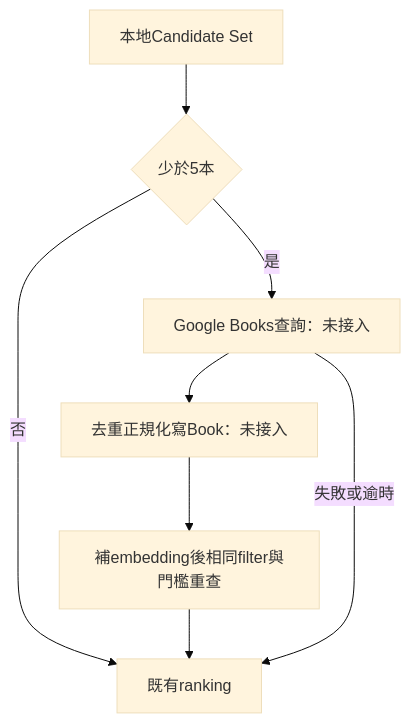
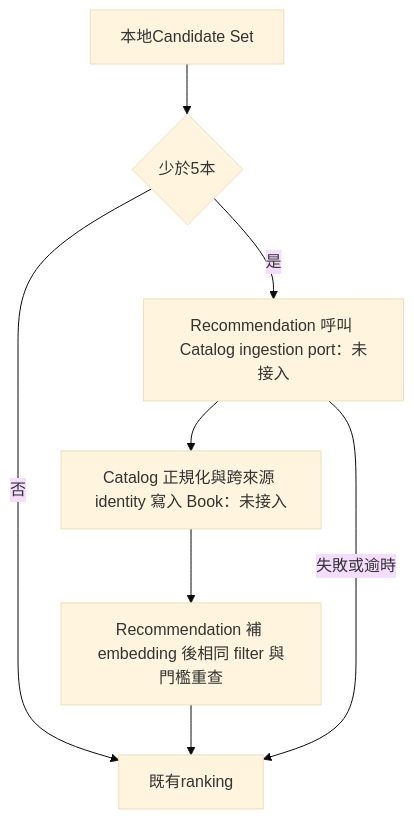
Before and after one commit to Arthur801/Book-Finder: the sixth of 7 diagrams in Application/docs/workflow-diagram.md, drawn with Mermaid (base theme). The commit also changed other lines of this file and 3 other files, not shown here.

````diff
--- a/Application/docs/workflow-diagram.md
+++ b/Application/docs/workflow-diagram.md
@@ -145,10 +145,10 @@
 ```mermaid
 flowchart TD
   LOCAL[本地Candidate Set] --> FEW{少於5本}
   FEW -->|否| RANK[既有ranking]
-  FEW -->|是| GOOGLE[Google Books查詢：未接入]
-  GOOGLE --> NORMALIZE[去重正規化寫Book：未接入]
-  NORMALIZE --> EMB[補embedding後相同filter與門檻重查]
+  FEW -->|是| GOOGLE[Recommendation 呼叫 Catalog ingestion port：未接入]
+  GOOGLE --> NORMALIZE[Catalog 正規化與跨來源 identity 寫入 Book：未接入]
+  NORMALIZE --> EMB[Recommendation 補 embedding 後相同 filter 與門檻重查]
   EMB --> RANK
   GOOGLE -->|失敗或逾時| RANK
 ```
````
